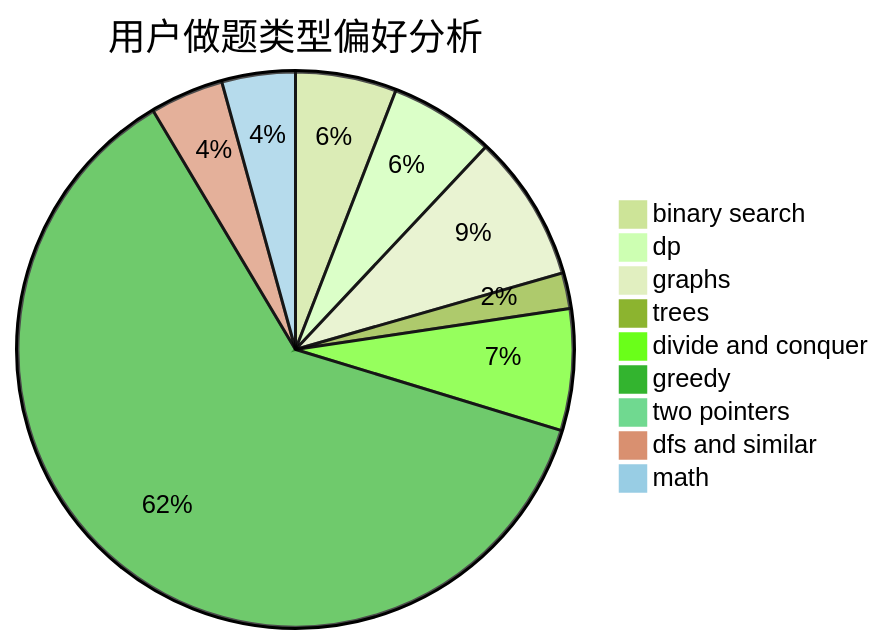
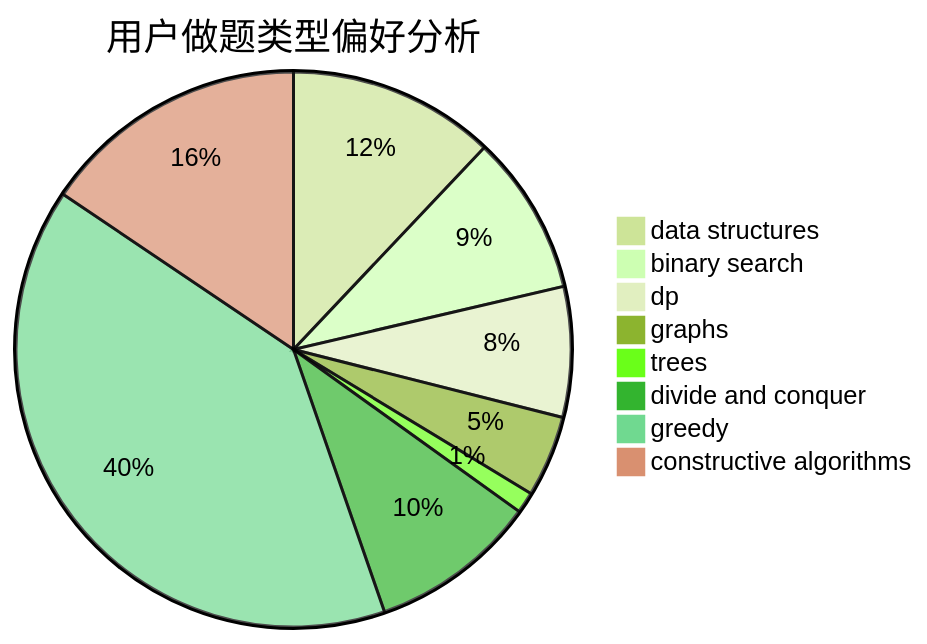
One commit to sherpahu/cfrs.github.io changed the second of 3 diagrams in docs/user/u464.md. Above: the diagram before and after it, drawn with Mermaid (forest theme). The commit also changed other lines of this file and 2775 other files, not shown here.

````diff
--- a/docs/user/u464.md
+++ b/docs/user/u464.md
@@ -23,12 +23,11 @@
 ```mermaid
 pie title 用户做题类型偏好分析
-    "binary search" :  99
-    "dp" :  103
-    "graphs" :  144
-    "trees" :  35
-    "divide and conquer" :  119
-    "greedy" :  1039
-    "two pointers" :  3
-    "dfs and similar" :  72
-    "math" :  72
+    "data structures" :  127
+    "binary search" :  98
+    "dp" :  80
+    "graphs" :  50
+    "trees" :  13
+    "divide and conquer" :  103
+    "greedy" :  419
+    "constructive algorithms" :  164
 ```
````
